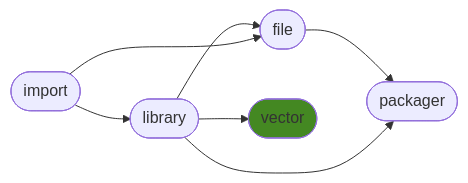
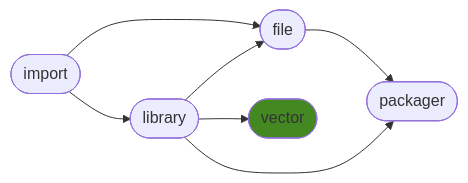
One commit to ManderaGeneral/generalvector changed the diagram in README.md. Above: the diagram before and after it, drawn with Mermaid. The commit also changed other lines of this file, not shown here.

````diff
--- a/README.md
+++ b/README.md
@@ -24,15 +24,15 @@
 ```mermaid
 flowchart LR
-1([library]) --> 2([file])
+0([import]) --> 2([file])
+0([import]) --> 1([library])
 2([file]) --> 4([packager])
 1([library]) --> 4([packager])
-0([import]) --> 1([library])
+1([library]) --> 2([file])
 1([library]) --> 3([vector])
-0([import]) --> 2([file])
 click 0 "https://github.com/ManderaGeneral/generalimport"
 click 1 "https://github.com/ManderaGeneral/generallibrary"
 click 2 "https://github.com/ManderaGeneral/generalfile"
 click 3 "https://github.com/ManderaGeneral/generalvector"
 click 4 "https://github.com/ManderaGeneral/generalpackager"
 style 3 fill:#482
 ```
````
